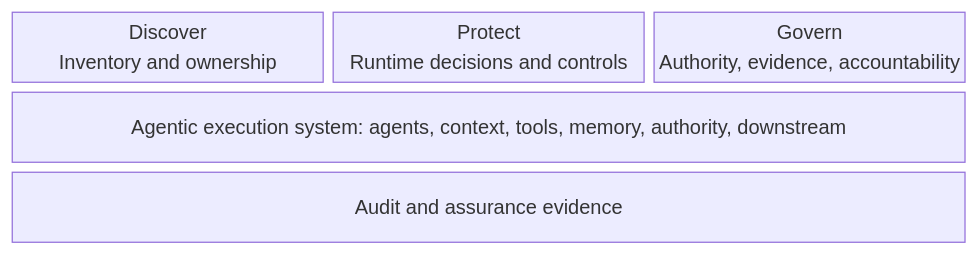
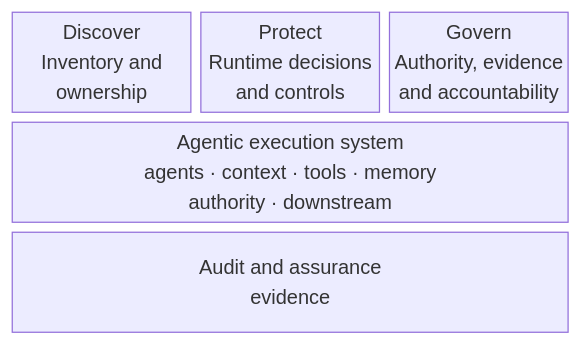
One commit to natnew/Awesome-Agentic-AI-Security changed the first of 5 diagrams in docs/04-defence-architecture.md. Above: the diagram before and after it, drawn with Mermaid. The commit also changed other lines of this file, not shown here.

Commit message:
doc: updated defence architecture diagram

````diff
--- a/docs/04-defence-architecture.md
+++ b/docs/04-defence-architecture.md
@@ -44,9 +44,11 @@
 ```mermaid
 block-beta
 columns 3
-  Discover["Discover\nInventory and ownership"]
-  Protect["Protect\nRuntime decisions and controls"]
-  Govern["Govern\nAuthority, evidence, accountability"]
-  System["Agentic execution system: agents, context, tools, memory, authority, downstream"]:3
-  Evidence["Audit and assurance evidence"]:3
+  Discover["Discover<br/>Inventory and<br/>ownership"]
+  Protect["Protect<br/>Runtime decisions<br/>and controls"]
+  Govern["Govern<br/>Authority, evidence<br/>and accountability"]
+
+  System["Agentic execution system<br/>agents · context · tools · memory<br/>authority · downstream"]:3
+
+  Evidence["Audit and assurance<br/>evidence"]:3
 ```
````
